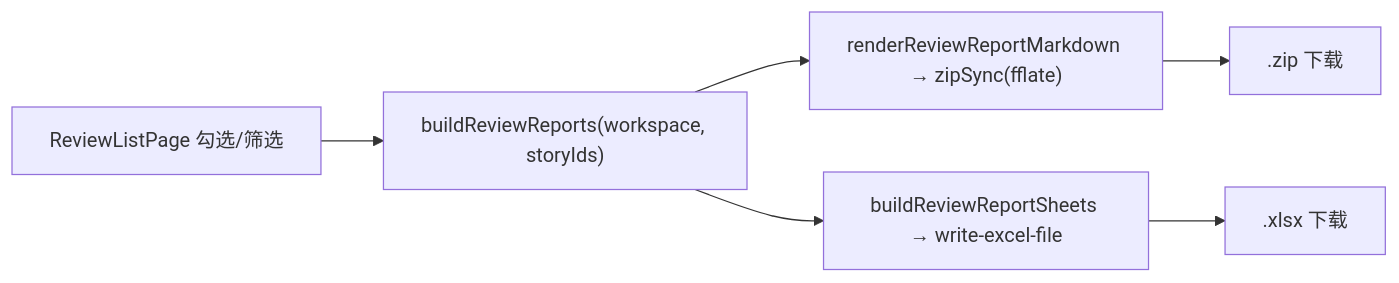
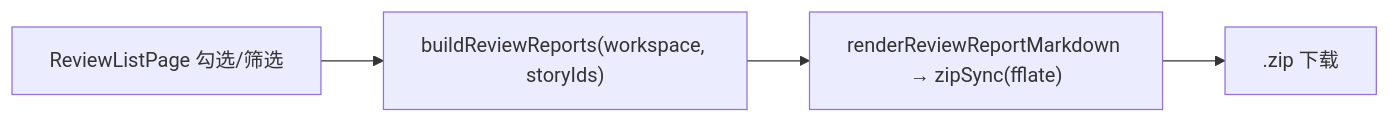
One commit to xyx1028/codeReviewPlatform changed the diagram in 需求开发评审一致性平台/V1.69-评审报告批量下载/需求开发评审一致性平台-V1.69评审报告批量下载-最终执行方案.md. Above: the diagram before and after it, drawn with Mermaid. The commit also changed other lines of this file and 5 other files, not shown here.

````diff
--- a/需求开发评审一致性平台/V1.69-评审报告批量下载/需求开发评审一致性平台-V1.69评审报告批量下载-最终执行方案.md
+++ b/需求开发评审一致性平台/V1.69-评审报告批量下载/需求开发评审一致性平台-V1.69评审报告批量下载-最终执行方案.md
@@ -72,8 +75,6 @@
 ```mermaid
 flowchart LR
   A["ReviewListPage 勾选/筛选"] --> B["buildReviewReports(workspace, storyIds)"]
   B --> C["renderReviewReportMarkdown → zipSync(fflate)"]
-  B --> D["buildReviewReportSheets → write-excel-file"]
   C --> E[".zip 下载"]
-  D --> F[".xlsx 下载"]
 ```
````
